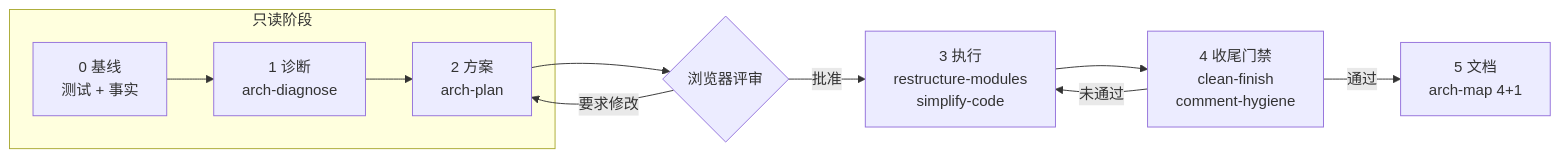
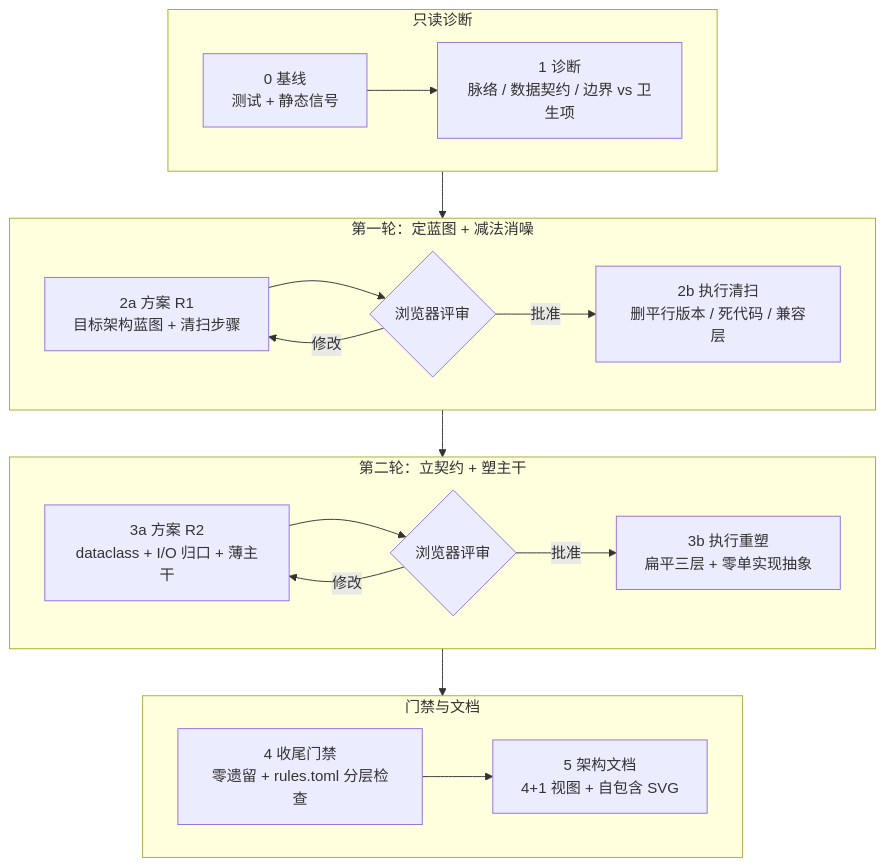
Before and after one commit to Gipbear/opencode-clean-arch: the diagram in docs/diagrams/workflow.mmd, drawn with Mermaid. The commit also changed 23 other files, not shown here.

Commit message:
Upgrade clean-arch to spine-first two-round workflow and add architecture signals

```diff
--- a/docs/diagrams/workflow.mmd
+++ b/docs/diagrams/workflow.mmd
@@ -1,11 +1,24 @@
-flowchart LR
-  subgraph RO[只读阶段]
-    B[0 基线<br/>测试 + 事实] --> D[1 诊断<br/>arch-diagnose]
-    D --> P[2 方案<br/>arch-plan]
+flowchart TD
+  subgraph ro["只读诊断"]
+    direction LR
+    B["0 基线<br/>测试 + 静态信号"] --> D["1 诊断<br/>脉络 / 数据契约 / 边界 vs 卫生项"]
   end
-  P --> R{浏览器评审}
-  R -- 要求修改 --> P
-  R -- 批准 --> E[3 执行<br/>restructure-modules<br/>simplify-code]
-  E --> G[4 收尾门禁<br/>clean-finish<br/>comment-hygiene]
-  G -- 未通过 --> E
-  G -- 通过 --> M[5 文档<br/>arch-map 4+1]
+  subgraph r1["第一轮：定蓝图 + 减法消噪"]
+    direction LR
+    P1["2a 方案 R1<br/>目标架构蓝图 + 清扫步骤"] --> RV1{"浏览器评审"}
+    RV1 -- "修改" --> P1
+    RV1 -- "批准" --> E1["2b 执行清扫<br/>删平行版本 / 死代码 / 兼容层"]
+  end
+  subgraph r2["第二轮：立契约 + 塑主干"]
+    direction LR
+    P2["3a 方案 R2<br/>dataclass + I/O 归口 + 薄主干"] --> RV2{"浏览器评审"}
+    RV2 -- "修改" --> P2
+    RV2 -- "批准" --> E2["3b 执行重塑<br/>扁平三层 + 零单实现抽象"]
+  end
+  subgraph fin["门禁与文档"]
+    direction LR
+    G["4 收尾门禁<br/>零遗留 + rules.toml 分层检查"] --> M["5 架构文档<br/>4+1 视图 + 自包含 SVG"]
+  end
+  ro --> r1
+  r1 --> r2
+  r2 --> fin
```
